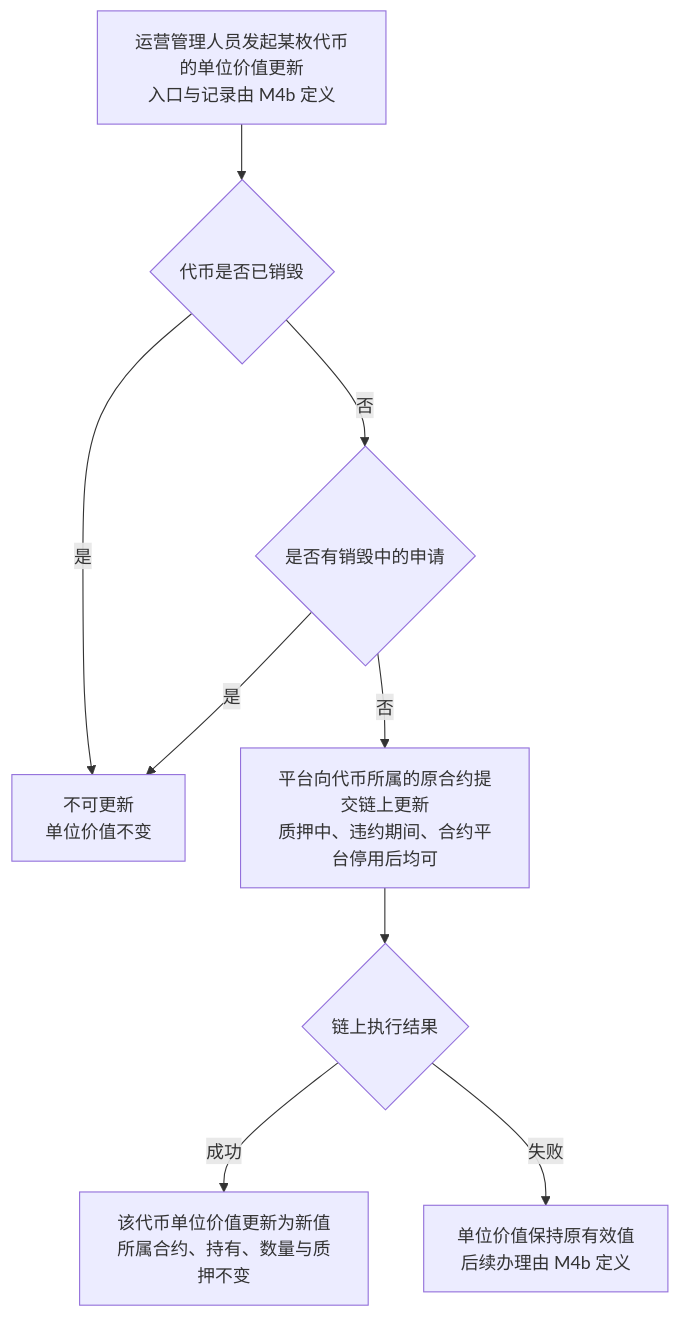
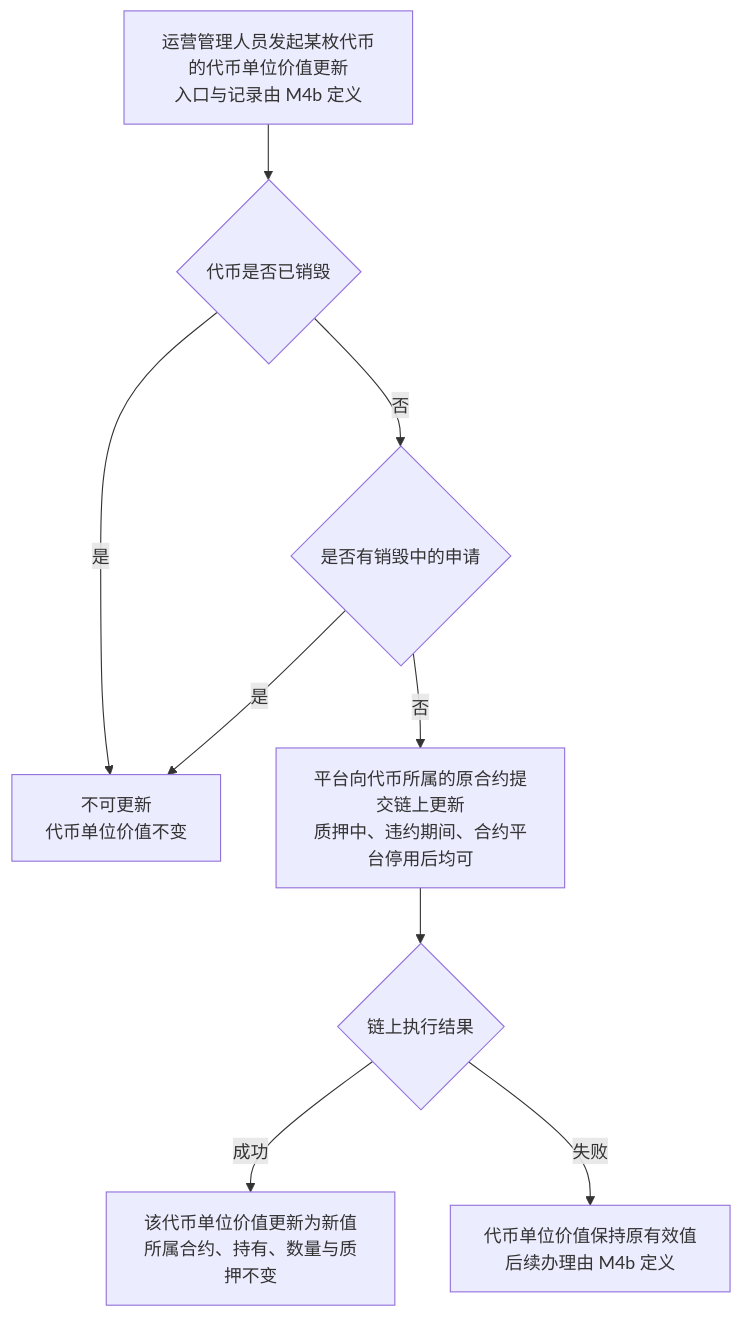
Before and after one commit to wxblockchain/Chain-Financing: the sixth of 7 diagrams in token-issuance-platform/PRD/管理端/M6-合约管理/02-合约管理-流程图与状态机.md, drawn with Mermaid. The commit also changed other lines of this file and 20 other files, not shown here.

````diff
--- a/token-issuance-platform/PRD/管理端/M6-合约管理/02-合约管理-流程图与状态机.md
+++ b/token-issuance-platform/PRD/管理端/M6-合约管理/02-合约管理-流程图与状态机.md
@@ -119,11 +119,11 @@
 ```mermaid
 flowchart TD
-    A[运营管理人员发起某枚代币的单位价值更新<br/>入口与记录由 M4b 定义] --> B{代币是否已销毁}
-    B -->|是| X[不可更新<br/>单位价值不变]
+    A[运营管理人员发起某枚代币的代币单位价值更新<br/>入口与记录由 M4b 定义] --> B{代币是否已销毁}
+    B -->|是| X[不可更新<br/>代币单位价值不变]
     B -->|否| C{是否有销毁中的申请}
     C -->|是| X
     C -->|否| D[平台向代币所属的原合约提交链上更新<br/>质押中、违约期间、合约平台停用后均可]
     D --> E{链上执行结果}
     E -->|成功| F[该代币单位价值更新为新值<br/>所属合约、持有、数量与质押不变]
-    E -->|失败| G[单位价值保持原有效值<br/>后续办理由 M4b 定义]
+    E -->|失败| G[代币单位价值保持原有效值<br/>后续办理由 M4b 定义]
 ```
````
